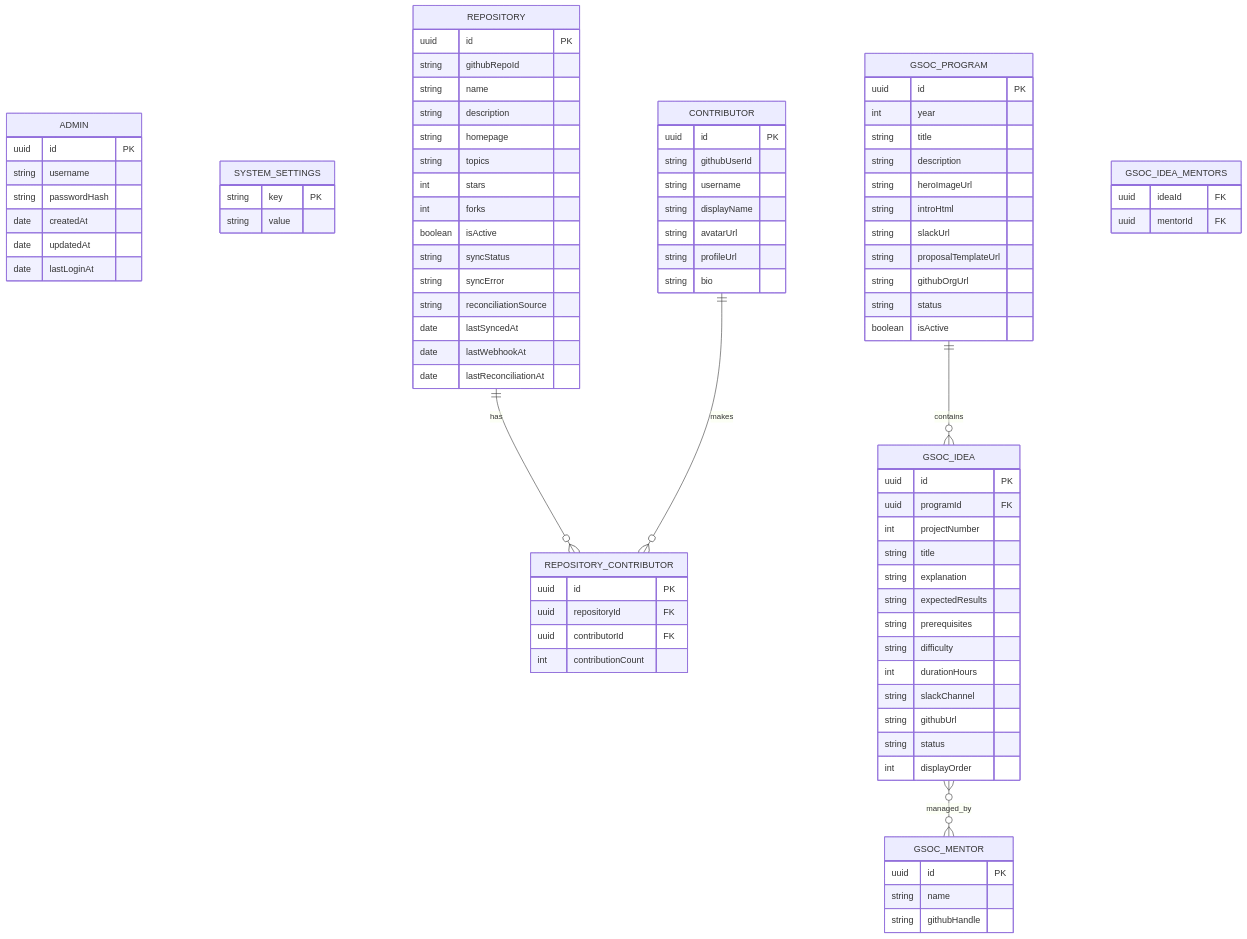
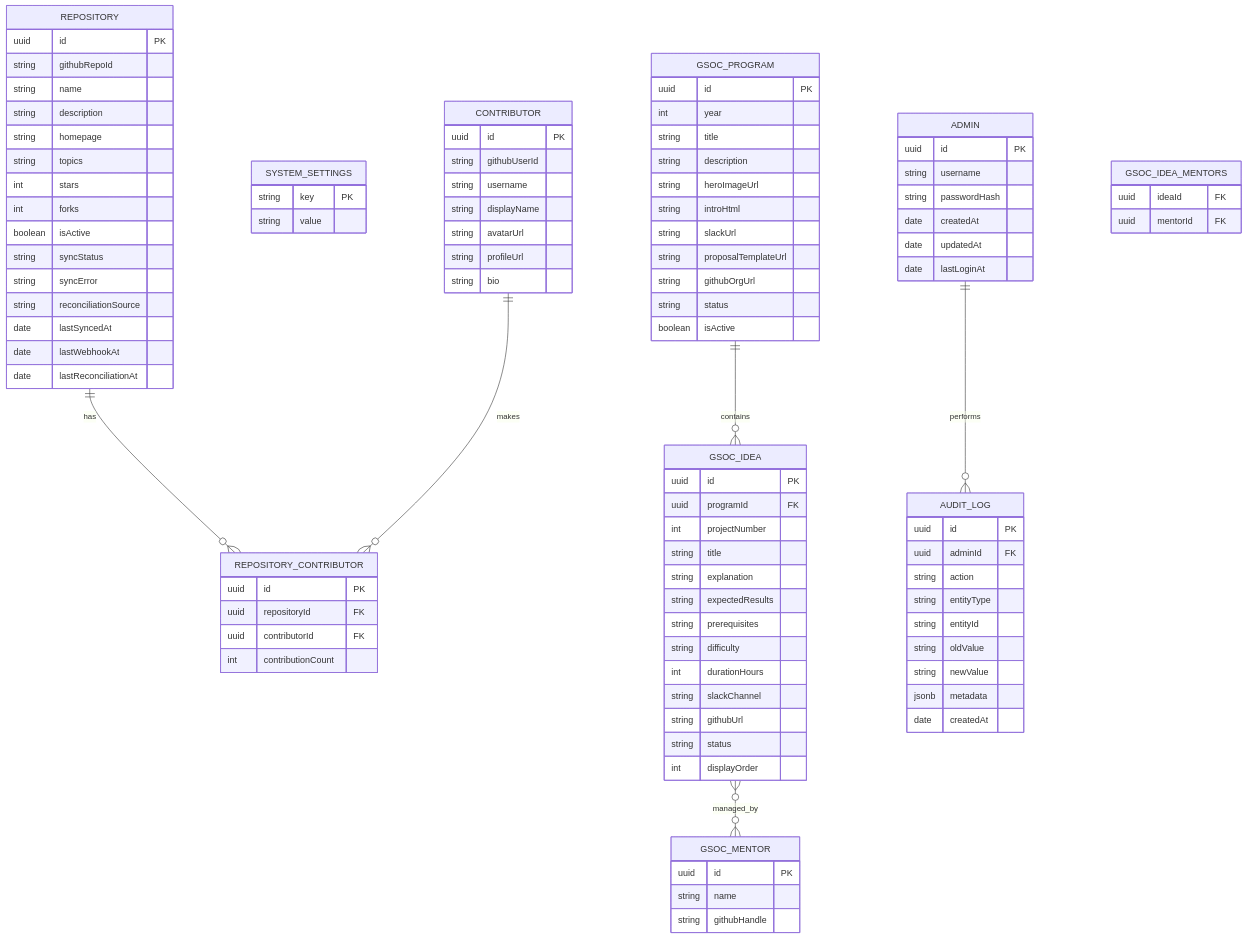
One commit to c2siorg/Webiu changed the first of 5 diagrams in docs/ARCHITECTURE.md. Above: the diagram before and after it, drawn with Mermaid. The commit also changed other lines of this file and 40 other files, not shown here.

````diff
--- a/docs/ARCHITECTURE.md
+++ b/docs/ARCHITECTURE.md
@@ -183,9 +183,21 @@
         uuid ideaId FK
         uuid mentorId FK
     }
+    AUDIT_LOG {
+        uuid id PK
+        uuid adminId FK
+        string action
+        string entityType
+        string entityId
+        string oldValue
+        string newValue
+        jsonb metadata
+        date createdAt
+    }
 
     REPOSITORY ||--o{ REPOSITORY_CONTRIBUTOR : has
     CONTRIBUTOR ||--o{ REPOSITORY_CONTRIBUTOR : makes
     GSOC_PROGRAM ||--o{ GSOC_IDEA : contains
     GSOC_IDEA }o--o{ GSOC_MENTOR : managed_by
+    ADMIN ||--o{ AUDIT_LOG : performs
 ```
````
